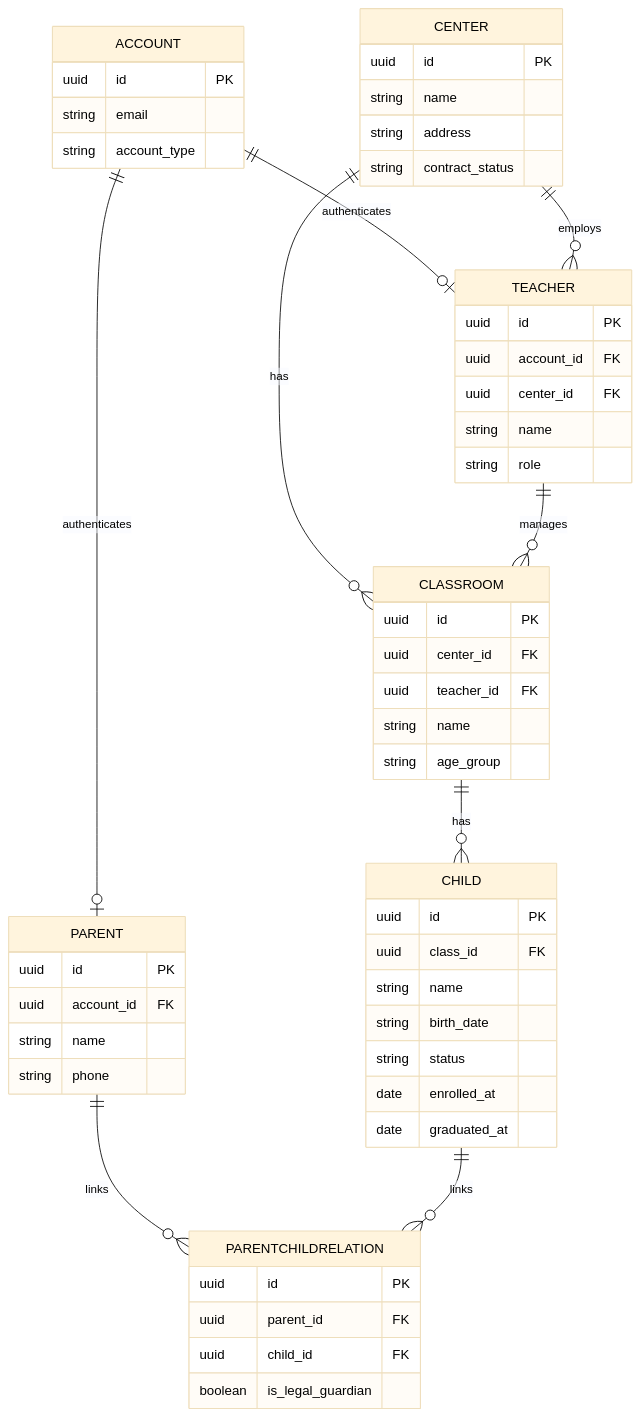
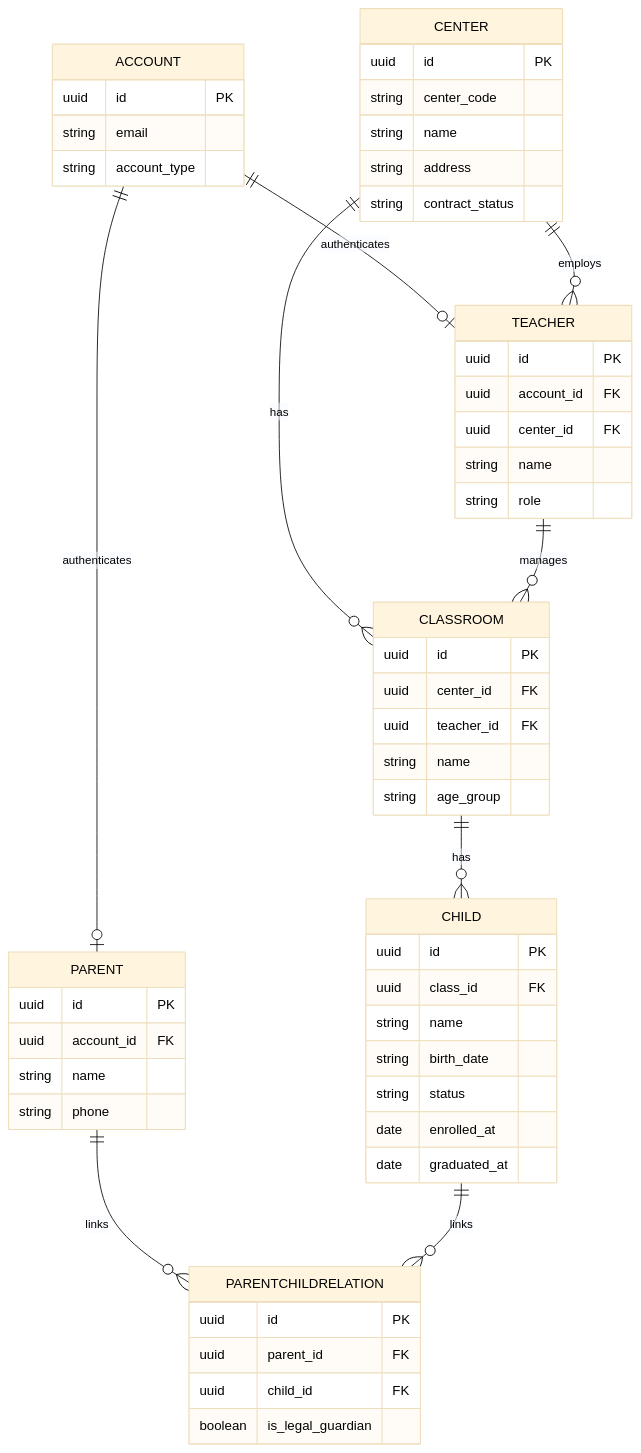
One commit to kakaotechcampus-4/ktc4-chungnam-4 changed the first of 8 diagrams in docs/테크스펙.md. Above: the diagram before and after it, drawn with Mermaid. The commit also changed other lines of this file and 8 other files, not shown here.

````diff
--- a/docs/테크스펙.md
+++ b/docs/테크스펙.md
@@ -374,58 +395,59 @@
 ```mermaid
 %%{init: {'theme':'base', 'themeVariables': {'primaryTextColor':'#000000','textColor':'#000000','lineColor':'#000000'}}}%%
 erDiagram
   ACCOUNT {
     uuid id PK
     string email
     string account_type
   }
   CENTER {
     uuid id PK
+    string center_code
     string name
     string address
     string contract_status
   }
   CLASSROOM {
     uuid id PK
     uuid center_id FK
     uuid teacher_id FK
     string name
     string age_group
   }
   TEACHER {
     uuid id PK
     uuid account_id FK
     uuid center_id FK
     string name
     string role
   }
     CHILD {
     uuid id PK
     uuid class_id FK
     string name
     string birth_date
     string status
     date enrolled_at
     date graduated_at
   }
   PARENT {
     uuid id PK
     uuid account_id FK
     string name
     string phone
   }
   PARENTCHILDRELATION {
     uuid id PK
     uuid parent_id FK
     uuid child_id FK
     boolean is_legal_guardian
   }
   ACCOUNT ||--o| TEACHER : authenticates
   ACCOUNT ||--o| PARENT : authenticates
   CENTER ||--o{ CLASSROOM : has
   CENTER ||--o{ TEACHER : employs
   TEACHER ||--o{ CLASSROOM : manages
   CLASSROOM ||--o{ CHILD : has
   PARENT ||--o{ PARENTCHILDRELATION : links
   CHILD ||--o{ PARENTCHILDRELATION : links
 ```
````
